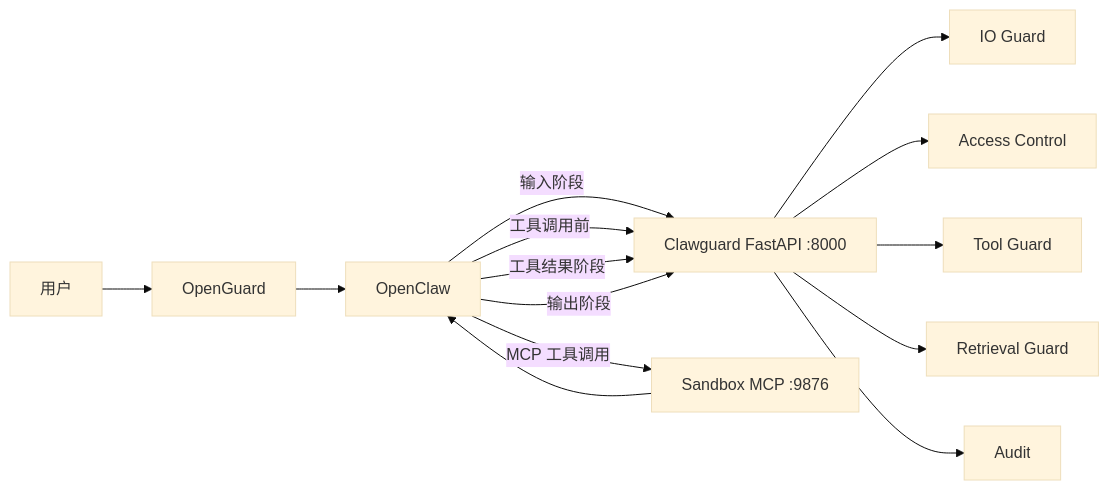
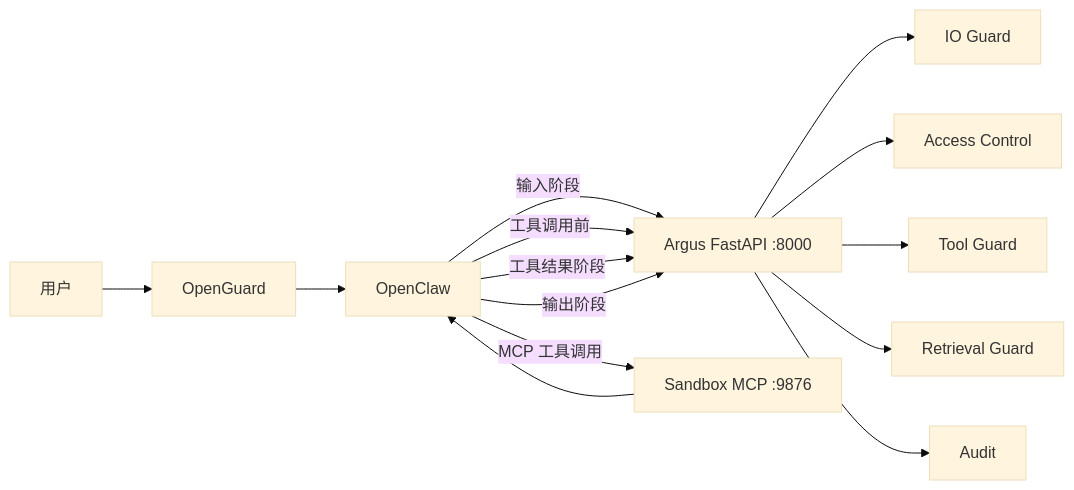
Before and after one commit to FerryOTTO/Argus: the first of 2 diagrams in terminal/README.md, drawn with Mermaid (base theme). The commit also changed other lines of this file and 418 other files, not shown here.

````diff
--- a/terminal/README.md
+++ b/terminal/README.md
@@ -61,19 +61,19 @@
 ```mermaid
 flowchart LR
     U[用户] --> G[OpenGuard]
     G --> O[OpenClaw]
 
-    O -->|输入阶段| API[Clawguard FastAPI :8000]
+    O -->|输入阶段| API[Argus FastAPI :8000]
     O -->|工具调用前| API
     O -->|工具结果阶段| API
     O -->|输出阶段| API
 
     API --> IO[IO Guard]
     API --> AC[Access Control]
     API --> TG[Tool Guard]
     API --> RG[Retrieval Guard]
     API --> AU[Audit]
 
     O -->|MCP 工具调用| SB[Sandbox MCP :9876]
     SB --> O
 ```
````
